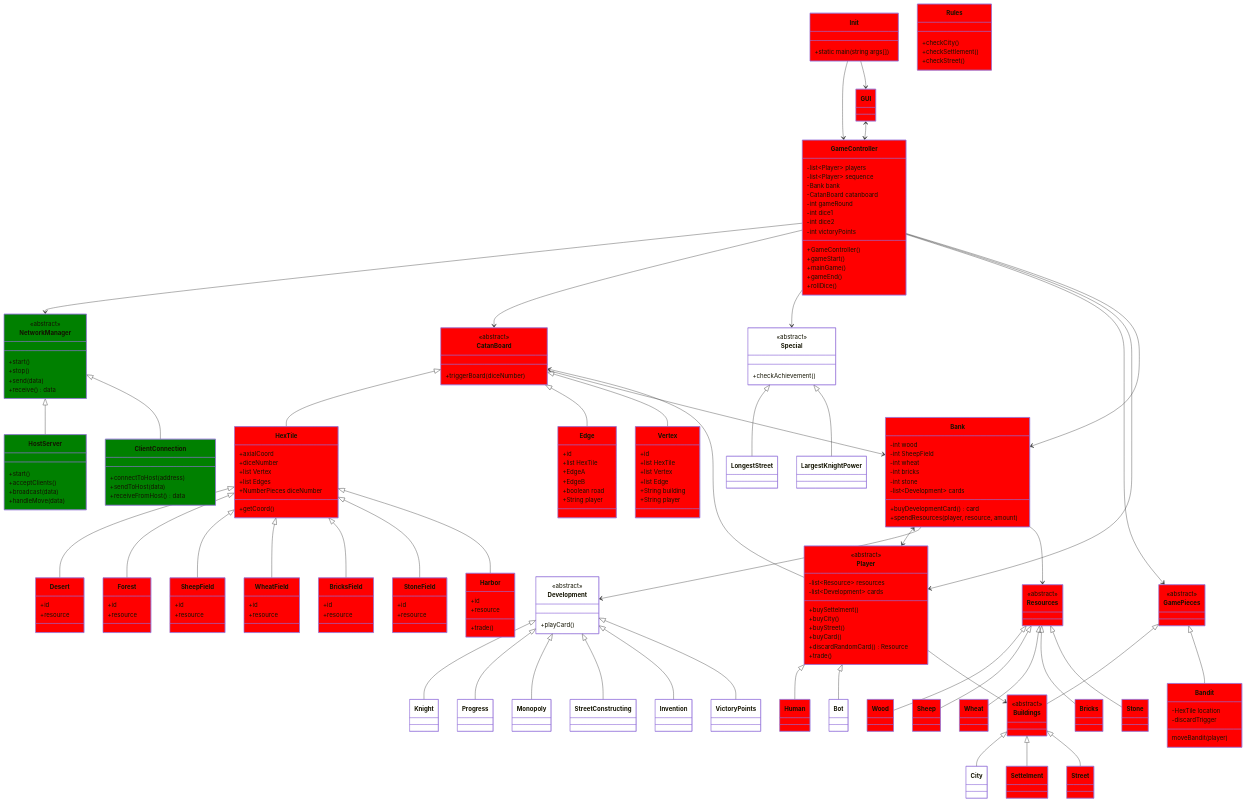
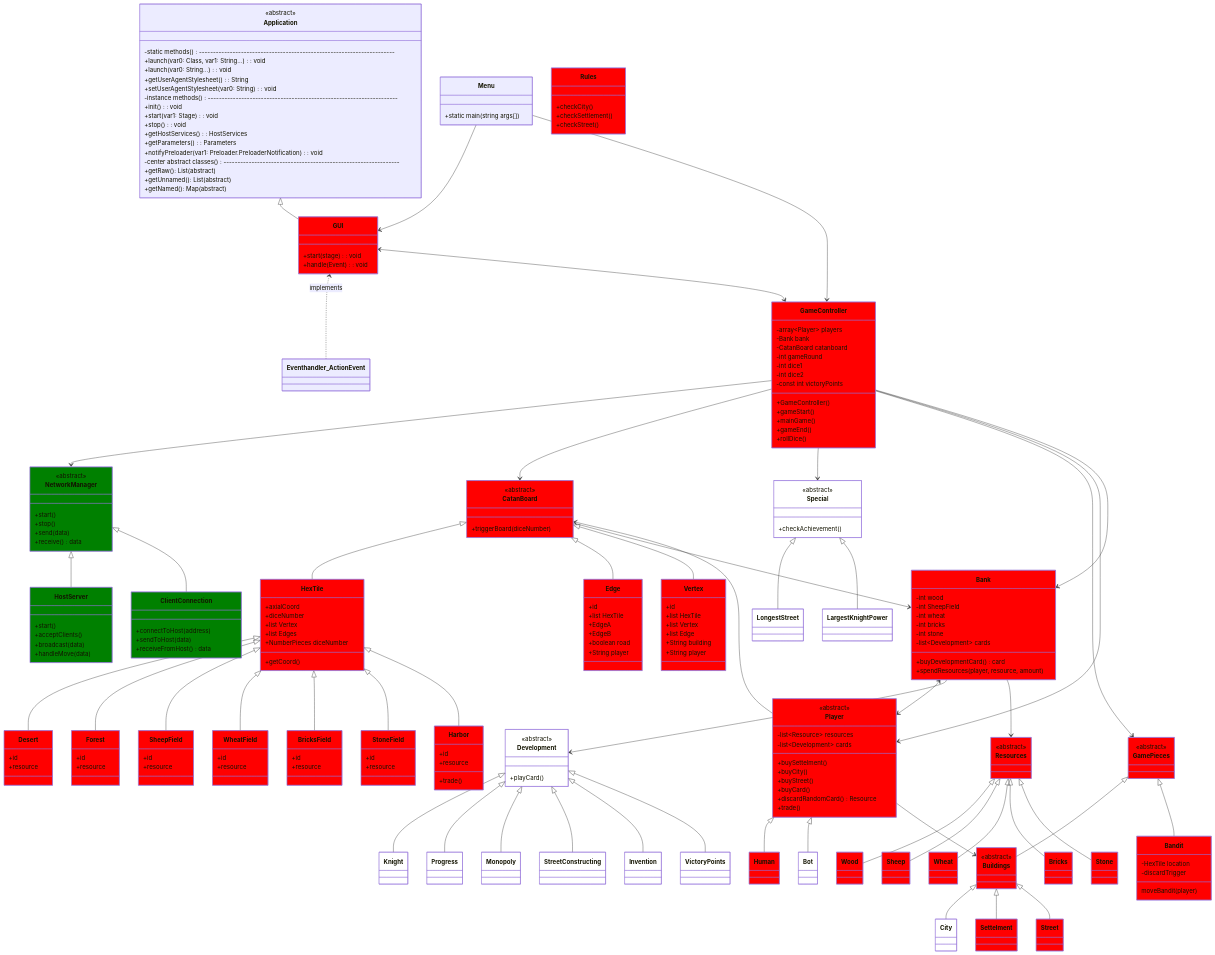
One commit to Wes1101/ExceptionFromCatan changed the diagram in docs/ProjectStructure/classChart.md. Above: the diagram before and after it, drawn with Mermaid. The commit also changed 1 other file, not shown here.

Commit message:
Move gui class chart in class chart

````diff
--- a/docs/ProjectStructure/classChart.md
+++ b/docs/ProjectStructure/classChart.md
@@ -1,26 +1,49 @@
 ```mermaid
+
 classDiagram
-
-%% === Benutzer & Rollen ===
-
-    class Init {
+    class Menu {
         +static main(string args[])
     }
 
+    class Application {
+        <<abstract>>
+        -static methods()----------------------------------------------------------------------
+        +launch(var0: Class<? extends Application>, var1: String...): void
+        +launch(var0: String...): void
+        +getUserAgentStylesheet(): String
+        +setUserAgentStylesheet(var0: String): void
+        -instance methods()--------------------------------------------------------------------
+        +init(): void
+        +start(var1: Stage): void
+        <<abstract>>
+        +stop(): void
+        +getHostServices(): HostServices
+        +getParameters(): Parameters
+        +notifyPreloader(var1: Preloader.PreloaderNotification): void
+        -center abstract classes()---------------------------------------------------------------
+        +getRaw(): List<String>(abstract)
+        +getUnnamed(): List<String>(abstract)
+        +getNamed(): Map<String, String>(abstract)
+    }
+
     class GUI {
+        +start(stage): void
+        +handle(Event): void
+    }
 
+    GUI <.. Eventhandler_ActionEvent: implements
+
+    class Eventhandler_ActionEvent {
     }
 
     class GameController {
-        -list~Player~ players
-        -list~Player~ sequence
+        -array~Player~ players
         -Bank bank
         -CatanBoard catanboard
         -int gameRound
         -int dice1
         -int dice2
-        -int victoryPoints
-
+        -const int victoryPoints
         +GameController()
         +gameStart()
         +mainGame()
@@ -36,7 +59,6 @@
 
     class CatanBoard {
         <<abstract>>
-
         +triggerBoard(diceNumber)
     }
 
@@ -64,7 +86,6 @@
         +list Vertex
         +list Edges
         +NumberPieces diceNumber
-
         +getCoord()
     }
 
@@ -101,7 +122,6 @@
     class Harbor {
         +id
         +resource
-
         +trade()
     }
 
@@ -110,23 +130,18 @@
     }
 
     class Wood {
-
     }
 
     class Sheep {
-
     }
 
     class Wheat {
-
     }
 
     class Bricks {
-
     }
 
     class Stone {
-
     }
 
     class Development {
@@ -135,27 +150,21 @@
     }
 
     class Knight {
-
     }
 
     class Progress {
-
     }
 
     class Monopoly {
-
     }
 
     class StreetConstructing {
-
     }
 
     class Invention {
-
     }
 
     class VictoryPoints {
-
     }
 
     class Special {
@@ -164,11 +173,9 @@
     }
 
     class LongestStreet {
-
     }
 
     class LargestKnightPower {
-
     }
 
     class GamePieces {
@@ -180,21 +187,17 @@
     }
 
     class City {
-
     }
 
     class Settelment {
-
     }
 
     class Street {
-
     }
 
     class Bandit {
         -HexTile location
         -discardTrigger
-
         moveBandit(player)
     }
 
@@ -202,7 +205,6 @@
         <<abstract>>
         -list~Resource~ resources
         -list~Development~ cards
-
         +buySettelment()
         +buyCity()
         +buyStreet()
@@ -212,11 +214,9 @@
     }
 
     class Human {
-
     }
 
     class Bot {
-
     }
 
     class Bank {
@@ -226,7 +226,6 @@
         -int bricks
         -int stone
         -list~Development~ cards
-
         +buyDevelopmentCard() card
         +spendResources(player, resource, amount)
     }
@@ -252,14 +251,10 @@
         +receiveFromHost() data
     }
 
-    GameController --> NetworkManager
-    NetworkManager <|-- HostServer
-    NetworkManager <|-- ClientConnection
-
-
 %% Relationshis
 
 %% Inheritance
+    Application <|-- GUI
     HexTile <|-- Desert
     HexTile <|-- Forest
     HexTile <|-- SheepField
@@ -267,58 +262,47 @@
     HexTile <|-- BricksField
     HexTile <|-- StoneField
     HexTile <|-- Harbor
-
     CatanBoard <|-- HexTile
     CatanBoard <|-- Edge
     CatanBoard <|-- Vertex
-
     Player <|-- Human
     Player <|-- Bot
-
     GamePieces <|-- Buildings
     GamePieces <|-- Bandit
-
     Buildings <|-- City
     Buildings <|-- Settelment
     Buildings <|-- Street
-
     Special <|-- LongestStreet
     Special <|-- LargestKnightPower
-
     Resources <|-- Wood
     Resources <|-- Sheep
     Resources <|-- Wheat
     Resources <|-- Bricks
     Resources <|-- Stone
-
     Development <|-- Knight
     Development <|-- Progress
     Development <|-- Monopoly
     Development <|-- StreetConstructing
     Development <|-- Invention
     Development <|-- VictoryPoints
-
 %% Association
-    Init --> GameController
-    Init --> GUI
-
+    Menu --> GUI
+    Menu --> GameController
+    GameController --> NetworkManager
+    NetworkManager <|-- HostServer
+    NetworkManager <|-- ClientConnection
     GUI <--> GameController
-
     GameController --> CatanBoard
     GameController --> Special
     GameController --> GamePieces
     GameController --> Player
     GameController --> Bank
-
     CatanBoard --> Bank
-
     Bank <--> Player
     Bank --> Development
     Bank --> Resources
-
     Player --> Buildings
     Player --> CatanBoard
-
 %%Priority
     style Init fill: red
     style GUI fill: red
````
